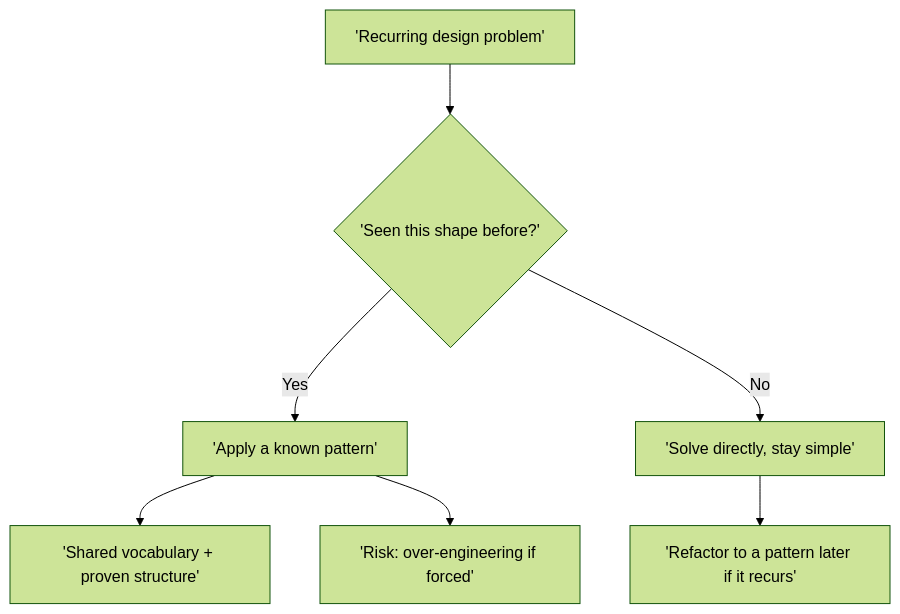
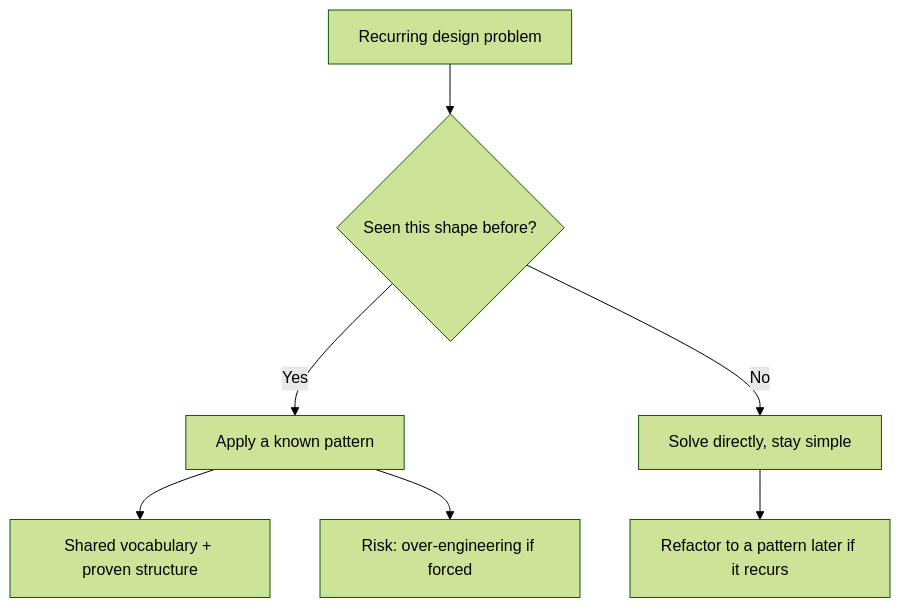
Before and after one commit to mohammad-mriesh-job/cortex: the diagram in src/modules/design-patterns/content/01-foundations/01-what-are-design-patterns.md, drawn with Mermaid (forest theme). The commit also changed other lines of this file and 257 other files, not shown here.

````diff
--- a/src/modules/design-patterns/content/01-foundations/01-what-are-design-patterns.md
+++ b/src/modules/design-patterns/content/01-foundations/01-what-are-design-patterns.md
@@ -24,9 +24,9 @@
 ```mermaid
 flowchart TD
-    P['Recurring design problem'] --> Q{'Seen this shape before?'}
-    Q -->|Yes| R['Apply a known pattern']
-    Q -->|No| S['Solve directly, stay simple']
-    R --> T['Shared vocabulary + proven structure']
-    R --> U['Risk: over-engineering if forced']
-    S --> V['Refactor to a pattern later if it recurs']
+    P["Recurring design problem"] --> Q{"Seen this shape before?"}
+    Q -->|Yes| R["Apply a known pattern"]
+    Q -->|No| S["Solve directly, stay simple"]
+    R --> T["Shared vocabulary + proven structure"]
+    R --> U["Risk: over-engineering if forced"]
+    S --> V["Refactor to a pattern later if it recurs"]
 ```
````
